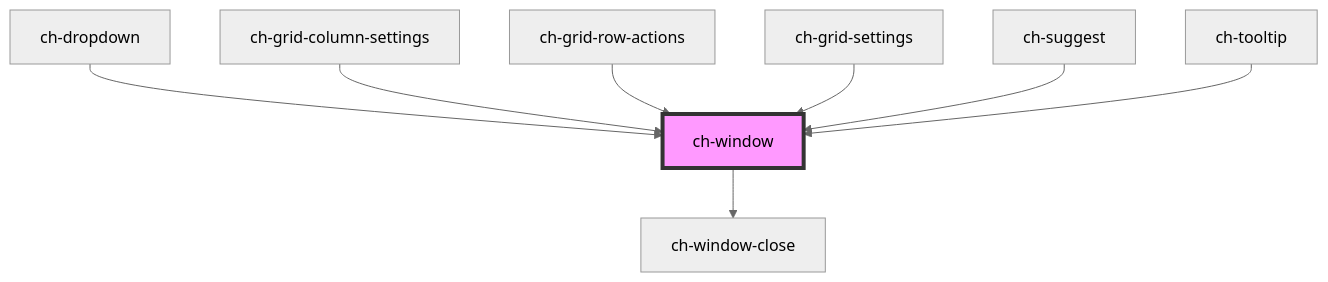
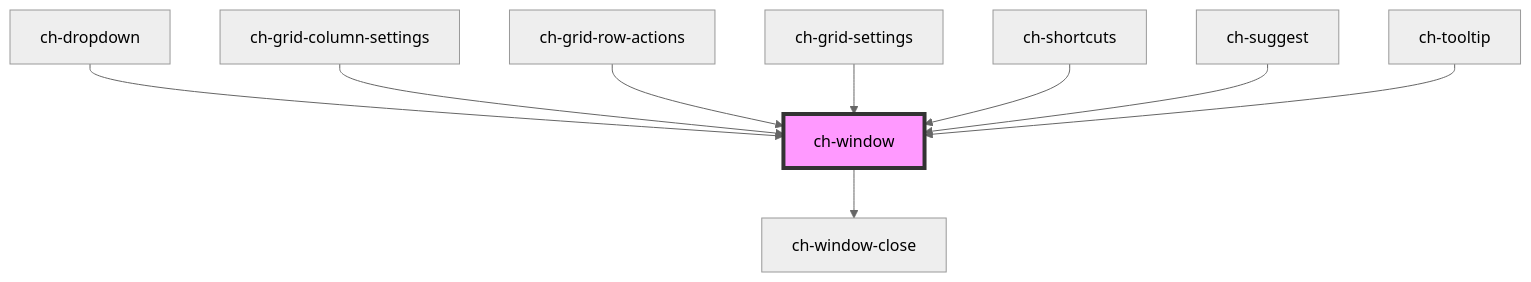
One commit to genexuslabs/chameleon-controls-library changed the diagram in src/components/window/readme.md. Above: the diagram before and after it, drawn with Mermaid (neutral theme). The commit also changed other lines of this file and 1 other file, not shown here.

Commit message:
Documentation

````diff
--- a/src/components/window/readme.md
+++ b/src/components/window/readme.md
@@ -65,11 +66,12 @@
 ```mermaid
 graph TD;
   ch-window --> ch-window-close
   ch-dropdown --> ch-window
   ch-grid-column-settings --> ch-window
   ch-grid-row-actions --> ch-window
   ch-grid-settings --> ch-window
+  ch-shortcuts --> ch-window
   ch-suggest --> ch-window
   ch-tooltip --> ch-window
   style ch-window fill:#f9f,stroke:#333,stroke-width:4px
 ```
````
